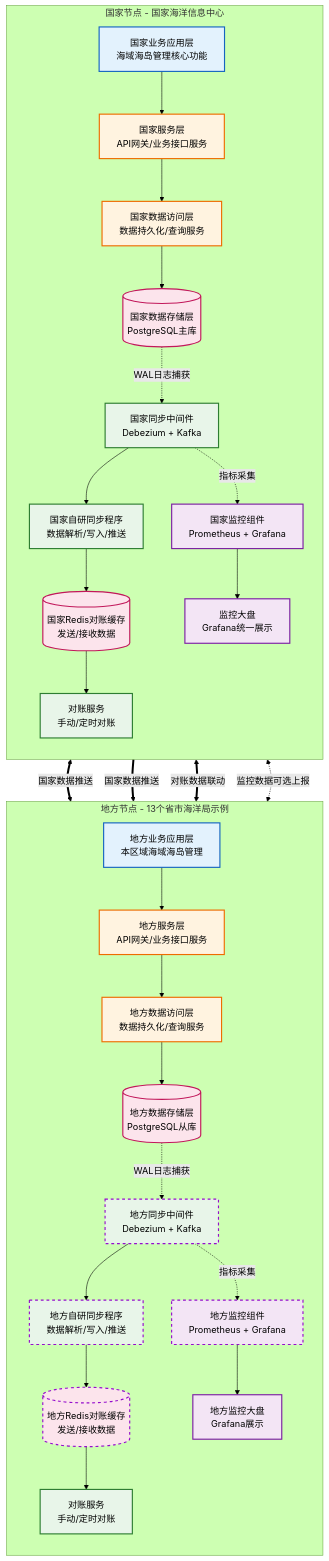
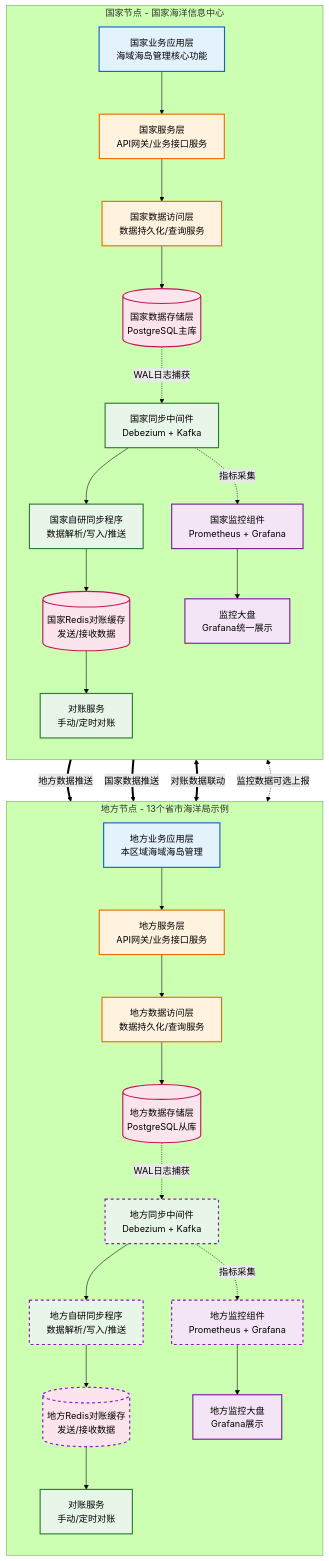
One commit to MyJohn2/iodraw-files changed the diagram in all/未命名-1.md. Above: the diagram before and after it, drawn with Mermaid (forest theme).

Commit message:
2026-03-03 18:48:32 update

````diff
--- a/all/未命名-1.md
+++ b/all/未命名-1.md
@@ -1,71 +1,71 @@
 ```mermaid
 flowchart TD
     %% 定义样式
     classDef app fill:#e3f2fd,stroke:#1565c0,stroke-width:2px;
     classDef service fill:#fff3e0,stroke:#ef6c00,stroke-width:2px;
     classDef data fill:#fce4ec,stroke:#c2185b,stroke-width:2px;
     classDef sync fill:#e8f5e9,stroke:#2e7d32,stroke-width:2px;
     classDef monitor fill:#f3e5f5,stroke:#7b1fa2,stroke-width:2px;
     classDef linkLine stroke:#950DCD,stroke-width:2px,stroke-dasharray: 5 5;
 
     %% 国家节点 - 修复了标题括号问题
     subgraph NationNode [国家节点 - 国家海洋信息中心]
         direction TB
         A1[国家业务应用层<br/>海域海岛管理核心功能]:::app
         B1[国家服务层<br/>API网关/业务接口服务]:::service
         C1[国家数据访问层<br/>数据持久化/查询服务]:::service
         D1[(国家数据存储层<br/>PostgreSQL主库)]:::data
         E1[国家同步中间件<br/>Debezium + Kafka]:::sync
         F1[国家自研同步程序<br/>数据解析/写入/推送]:::sync
         G1[(国家Redis对账缓存<br/>发送/接收数据)]:::data
         H1[国家监控组件<br/>Prometheus + Grafana]:::monitor
         I1[对账服务<br/>手动/定时对账]:::sync
         J1[监控大盘<br/>Grafana统一展示]:::monitor
 
         A1 --> B1
         B1 --> C1
         C1 --> D1
         D1 -.->|WAL日志捕获 | E1
         E1 --> F1
         F1 --> G1
         E1 -.->|指标采集 | H1
         G1 --> I1
         H1 --> J1
     end
     
     %% 地方节点 - 修复了标题括号问题
     subgraph LocalNode [地方节点 - 13个省市海洋局示例]
         direction TB
         A2[地方业务应用层<br/>本区域海域海岛管理]:::app
         B2[地方服务层<br/>API网关/业务接口服务]:::service
         C2[地方数据访问层<br/>数据持久化/查询服务]:::service
         D2[(地方数据存储层<br/>PostgreSQL从库)]:::data
         E2[地方同步中间件<br/>Debezium + Kafka]:::sync
         F2[地方自研同步程序<br/>数据解析/写入/推送]:::sync
         G2[(地方Redis对账缓存<br/>发送/接收数据)]:::data
         H2[地方监控组件<br/>Prometheus + Grafana]:::monitor
         I2[对账服务<br/>手动/定时对账]:::sync
         J2[地方监控大盘<br/>Grafana展示]:::monitor
 
         A2 --> B2
         B2 --> C2
         C2 --> D2
         D2 -.->|WAL日志捕获 | E2
         E2 --> F2
         F2 --> G2
         E2 -.->|指标采集 | H2
         G2 --> I2
         H2 --> J2
     end
     
     %% 跨节点交互
-    F1 <==>|国家数据推送 | E2:::linkLine
+    F1 ==>|地方数据推送 | E2:::linkLine
     E1 ==>|国家数据推送 | F2:::linkLine
     G1 <==>|对账数据联动 | G2:::linkLine
     H1 <-.->|监控数据可选上报 | H2:::linkLine
     
 
 
 
 
 ```
````
